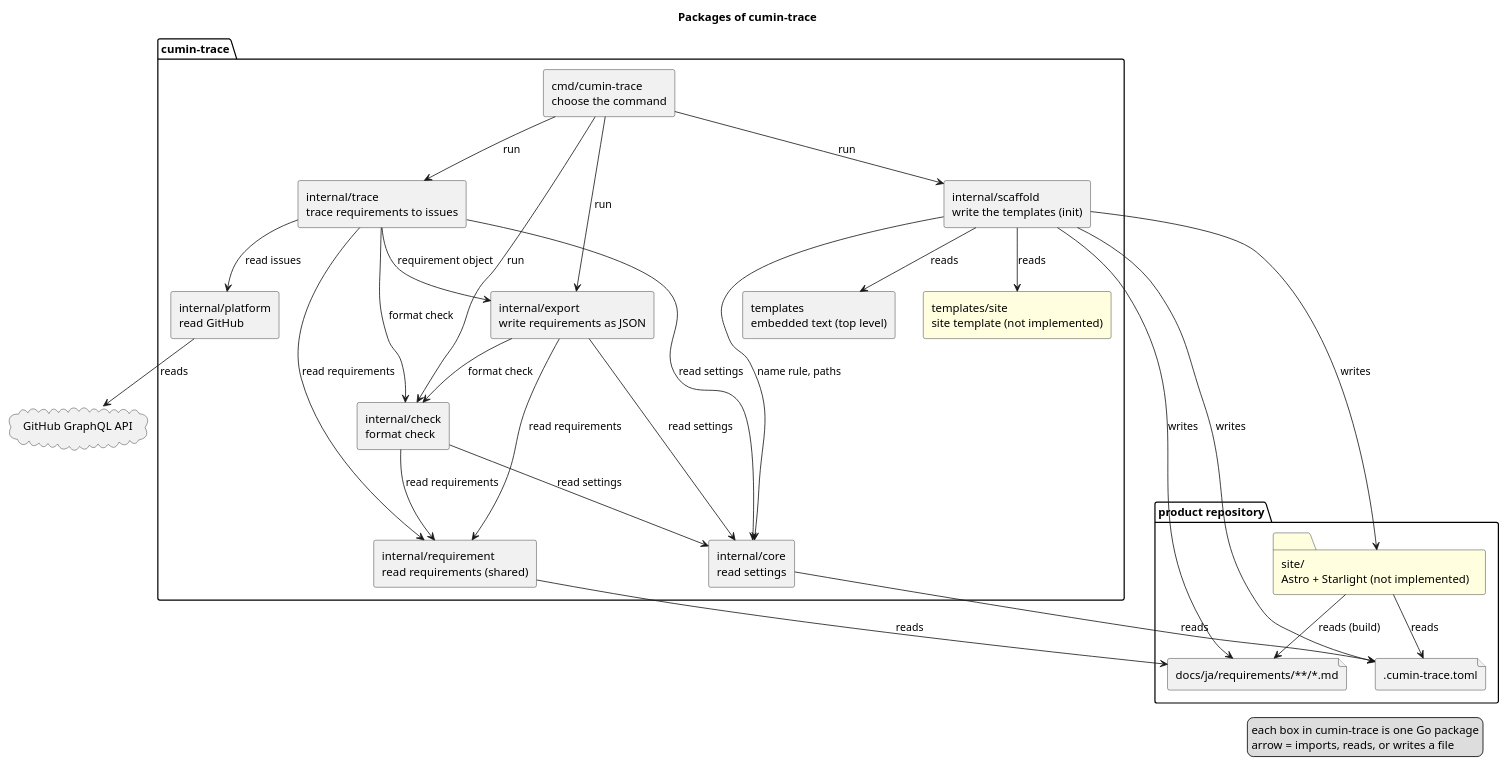
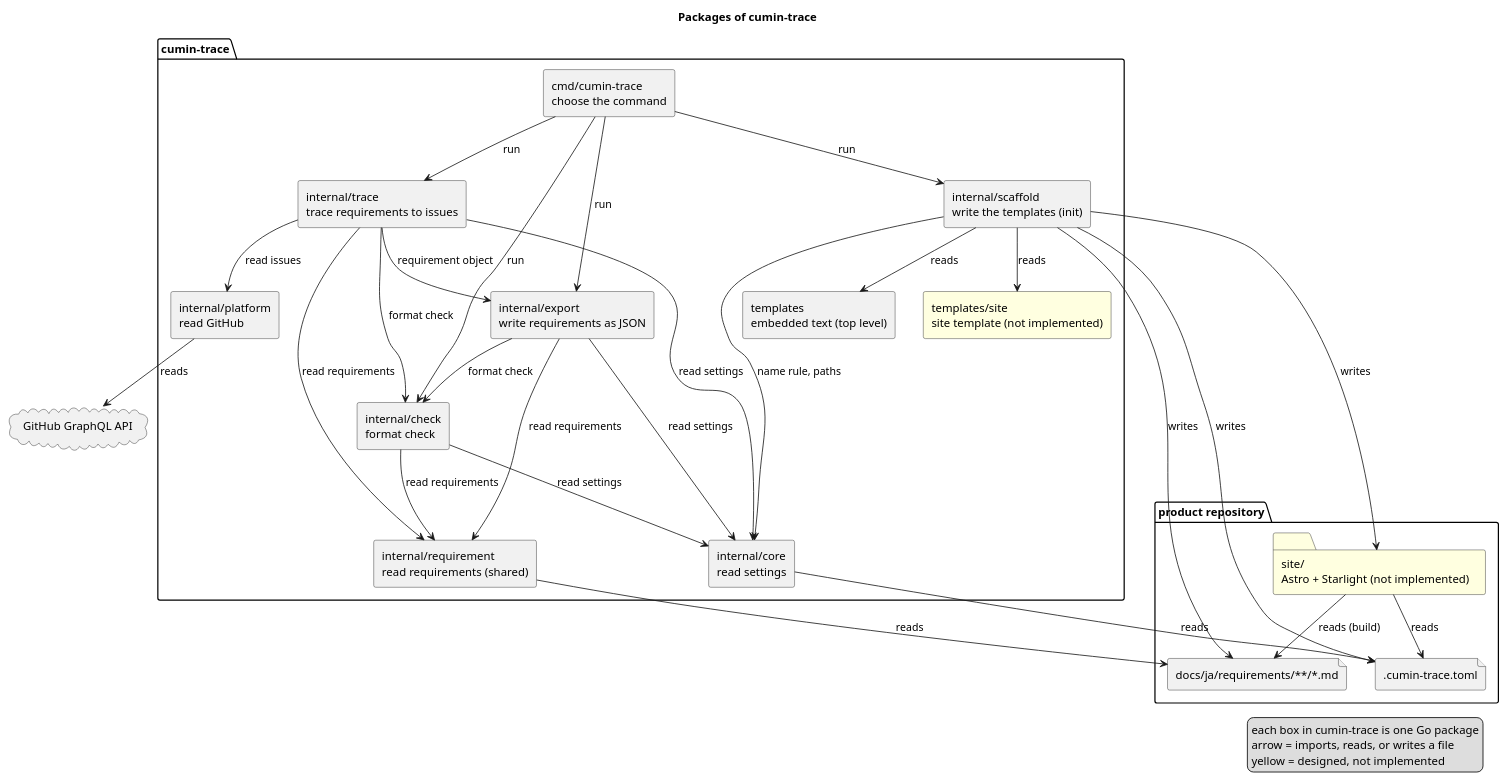
One commit to cloveclovedev/cumin-trace changed the diagram in docs/ja/architecture/overview.puml. Above: the diagram before and after it, drawn with PlantUML. The commit also changed 8 other files, not shown here.

```diff
--- a/docs/ja/architecture/overview.puml
+++ b/docs/ja/architecture/overview.puml
@@ -1,57 +1,58 @@
 @startuml overview
 title Packages of cumin-trace
 skinparam shadowing false
 skinparam componentStyle rectangle
 
 package "product repository" {
   file ".cumin-trace.toml" as toml
   file "docs/ja/requirements/**/*.md" as docs
   folder "site/\nAstro + Starlight (not implemented)" as site #LightYellow
 }
 
 package "cumin-trace" {
   [cmd/cumin-trace\nchoose the command] as cmd
   [internal/check\nformat check] as check
   [internal/requirement\nread requirements (shared)] as requirement
   [internal/core\nread settings] as core
   [internal/export\nwrite requirements as JSON] as export
   [internal/scaffold\nwrite the templates (init)] as scaffold
   [templates\nembedded text (top level)] as templates
   [templates/site\nsite template (not implemented)] as tsite #LightYellow
   [internal/trace\ntrace requirements to issues] as trace
   [internal/platform\nread GitHub] as platform
 }
 
 cloud "GitHub GraphQL API" as api
 
 cmd --> check : run
 cmd --> export : run
 cmd --> scaffold : run
 cmd --> trace : run
 export --> check : format check
 export --> requirement : read requirements
 export --> core : read settings
 trace --> check : format check
 trace --> requirement : read requirements
 trace --> core : read settings
 trace --> export : requirement object
 trace --> platform : read issues
 platform --> api : reads
 scaffold --> templates : reads
 scaffold --> core : name rule, paths
 scaffold --> toml : writes
 scaffold --> docs : writes
 scaffold --> tsite : reads
 scaffold --> site : writes
 site --> toml : reads
 site --> docs : reads (build)
 check --> requirement : read requirements
 check --> core : read settings
 core --> toml : reads
 requirement --> docs : reads
 
 legend right
   each box in cumin-trace is one Go package
   arrow = imports, reads, or writes a file
+  yellow = designed, not implemented
 endlegend
 @enduml
```
